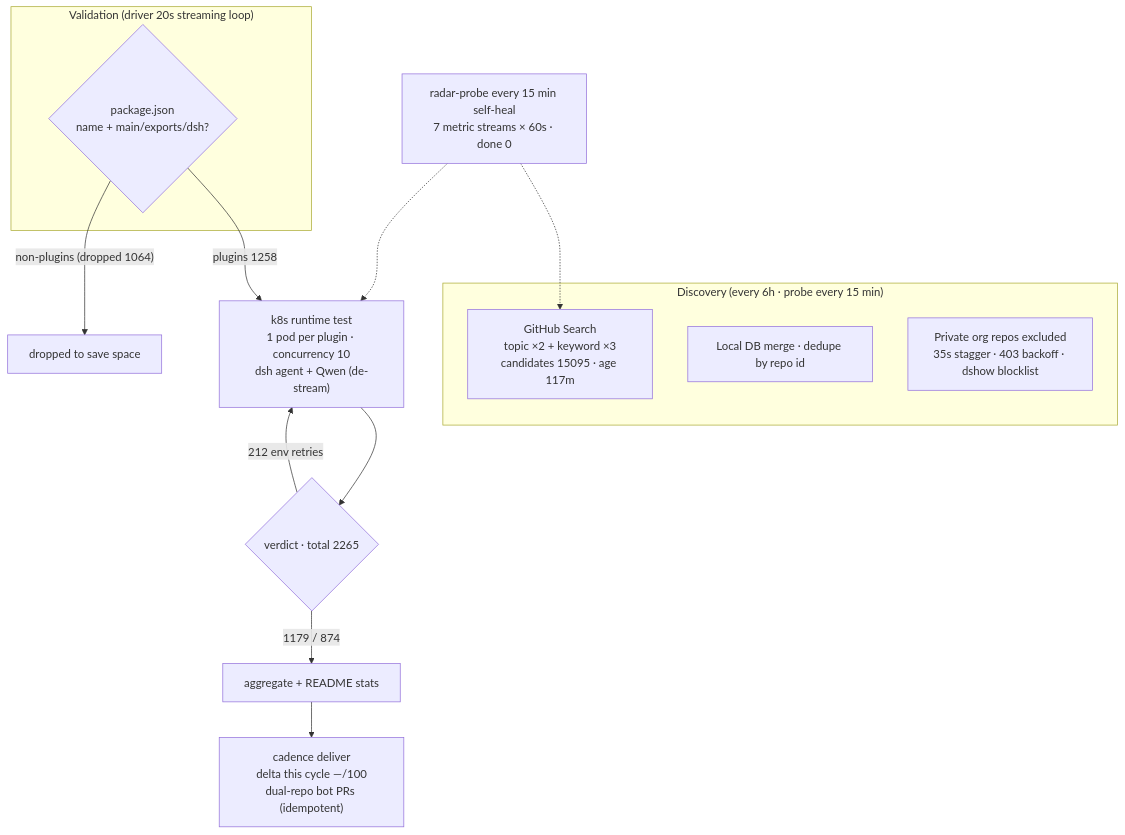
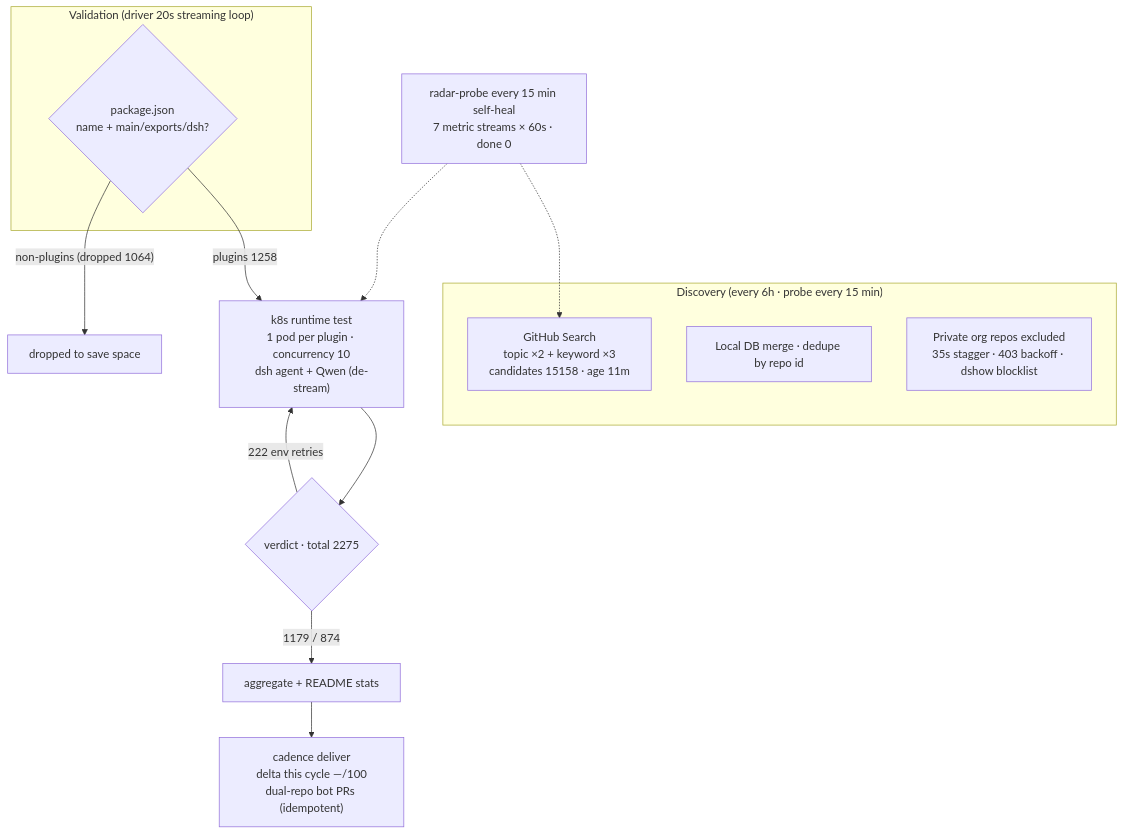
One commit to AdamPlatin123/awesome-dsh-plugins changed the diagram in README.en-US.md. Above: the diagram before and after it, drawn with Mermaid. The commit also changed other lines of this file and 5 other files, not shown here.

````diff
--- a/README.en-US.md
+++ b/README.en-US.md
@@ -30,20 +30,20 @@
 ```mermaid
 flowchart TB
     subgraph Discovery["Discovery (every 6h · probe every 15 min)"]
-        A1["GitHub Search<br/>topic ×2 + keyword ×3<br/>candidates 15095 · age 117m"]
+        A1["GitHub Search<br/>topic ×2 + keyword ×3<br/>candidates 15158 · age 11m"]
         A2["Local DB merge · dedupe by repo id"]
         A3["Private org repos excluded<br/>35s stagger · 403 backoff · dshow blocklist"]
     end
     subgraph Validation["Validation (driver 20s streaming loop)"]
         B1{"package.json<br/>name + main/exports/dsh?"}
     end
     B1 -->|"plugins 1258"| C1["k8s runtime test<br/>1 pod per plugin · concurrency 10<br/>dsh agent + Qwen (de-stream)"]
     B1 -->|"non-plugins (dropped 1064)"| B3["dropped to save space"]
-    C1 --> D1{"verdict · total 2265"}
+    C1 --> D1{"verdict · total 2275"}
     D1 -->|"1179 / 874"| E1["aggregate + README stats"]
-    D1 -->|"212 env retries"| C1
+    D1 -->|"222 env retries"| C1
     E1 --> E2["cadence deliver<br/>delta this cycle —/100<br/>dual-repo bot PRs (idempotent)"]
     M["radar-probe every 15 min self-heal<br/>7 metric streams × 60s · done 0"]
     M -.-> A1
     M -.-> C1
 ```
````
